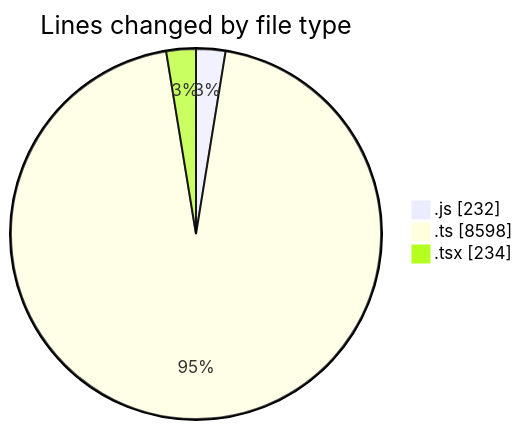
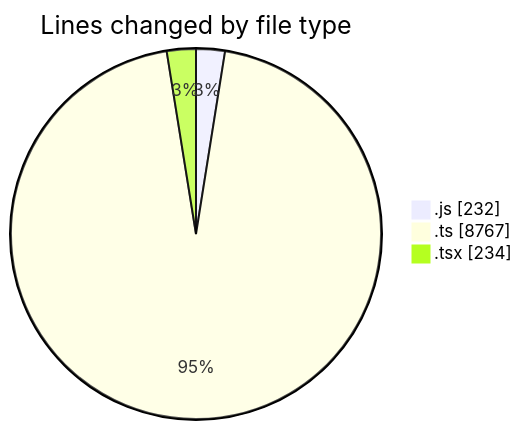
Before and after one commit to momahboobian/code-tracking: the first of 2 diagrams in 2025-05-14/cda/README.md, drawn with Mermaid. The commit also changed other lines of this file and 1 other file, not shown here.

````diff
--- a/2025-05-14/cda/README.md
+++ b/2025-05-14/cda/README.md
@@ -25,7 +25,7 @@
 ```mermaid
 pie showData
 title Lines changed by file type
 ".js" : 232
-".ts" : 8598
+".ts" : 8767
 ".tsx" : 234
 ```
````
